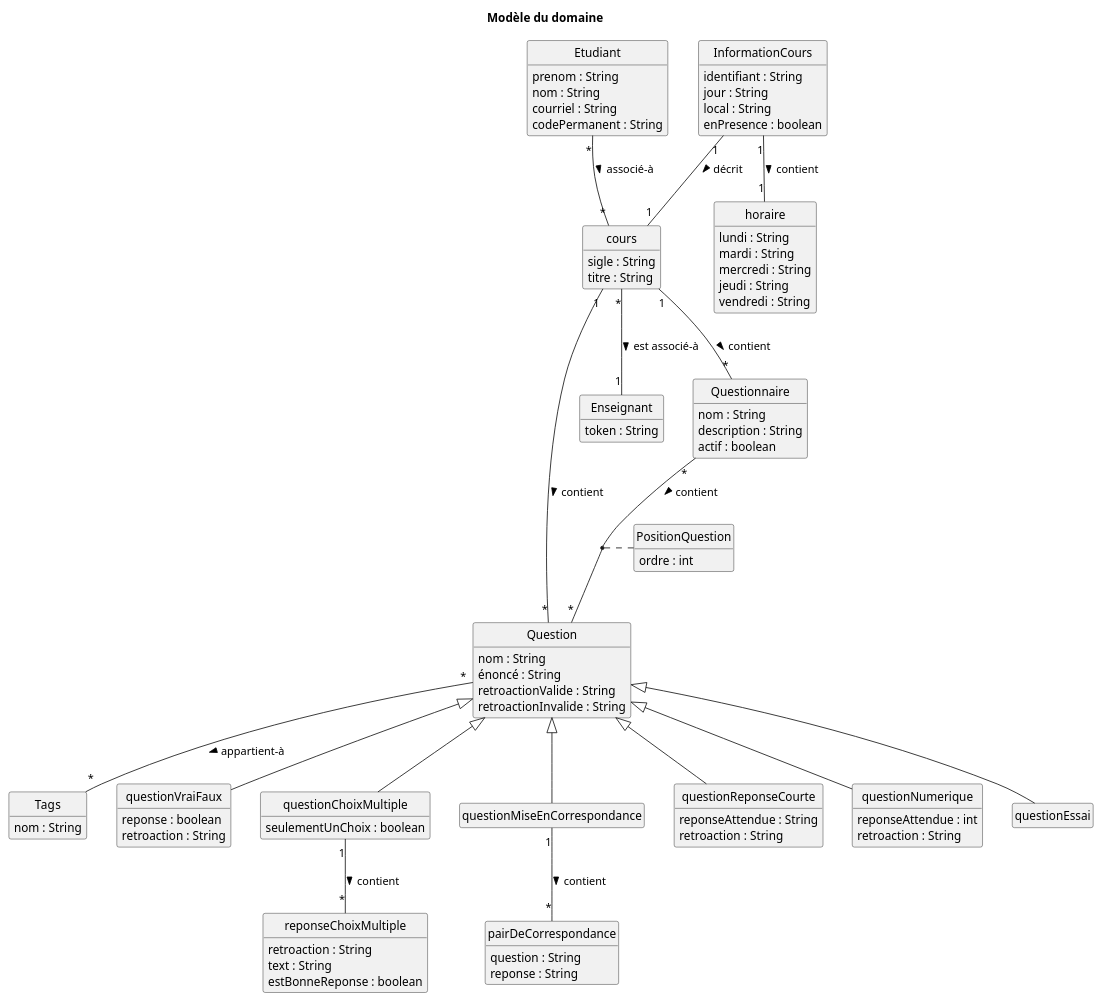
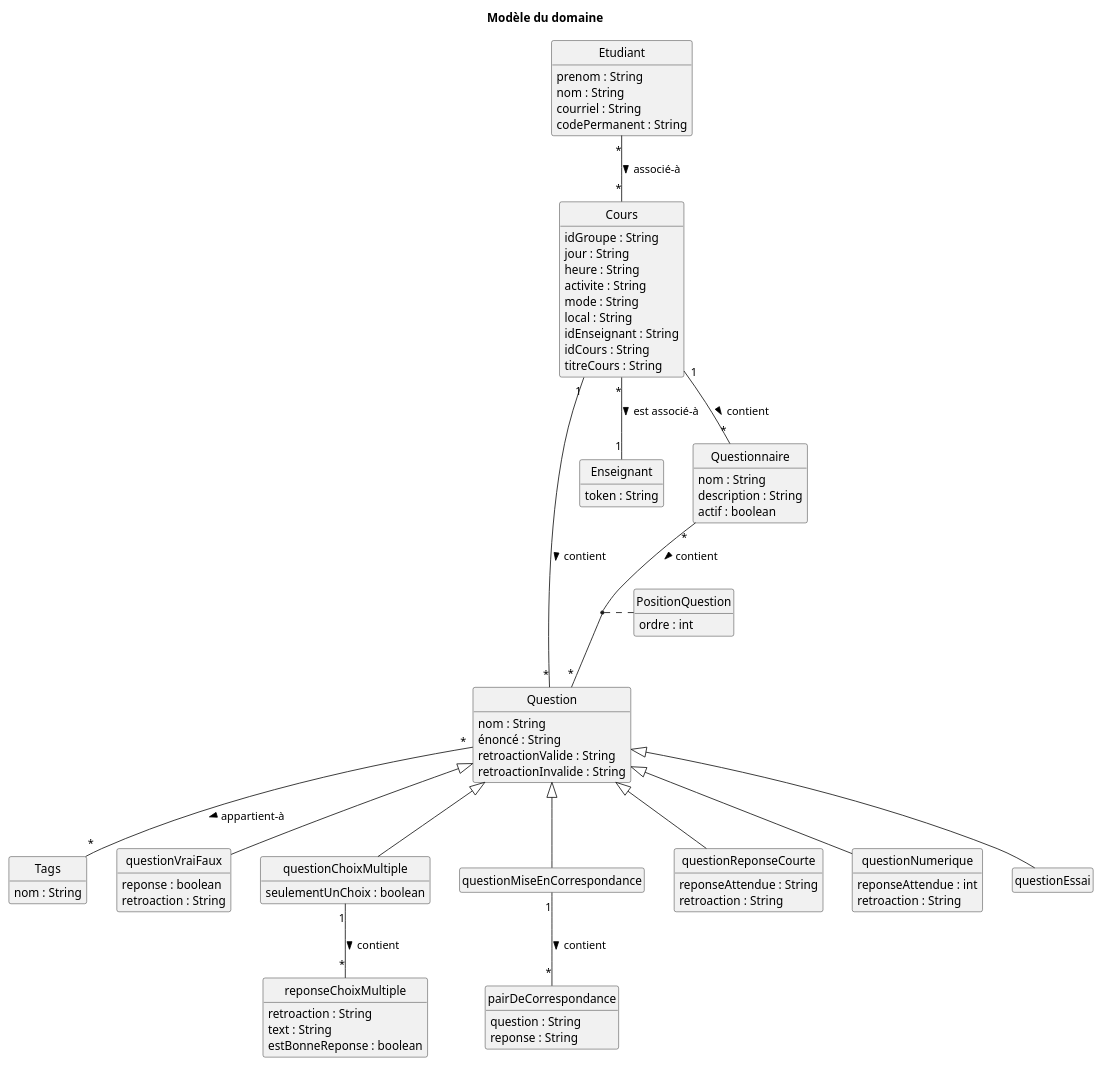
Before and after one commit to xMrYahya/moodle-clone: the diagram in docs/modeles/mdd.puml, drawn with PlantUML. The commit also changed 1 other file, not shown here.

Commit message:
update mdd pour match la class cours au type cours du code.
plus de classe horaire
plus de classe informationsCours

enlever iteration1.zip

```diff
--- a/docs/modeles/mdd.puml
+++ b/docs/modeles/mdd.puml
@@ -1,110 +1,102 @@
 @startuml MDD_SGB_SGA
 skinparam style strictuml
 'skinparam backgroundcolor transparent
 hide methods
 hide empty members
 'left to right direction
 title Modèle du domaine
 
 skinparam class {
   BackgroundColor<< SGB >> #ddffdd
 }
 hide stereotype
 
 
   ' Le concept de "Cours" dans SGA n'est pas un groupe-cours
   class "Question" as question {
   nom : String
   énoncé : String
   ' reponse a la question
   retroactionValide : String
   retroactionInvalide : String
   }
   class "Tags" as tags {
     nom : String
   }
   class "questionVraiFaux" as qvf extends question {
     reponse : boolean
     retroaction : String
   }
   class "questionChoixMultiple" as qcm extends question {
     seulementUnChoix : boolean
   }
   class "reponseChoixMultiple" as rcm {
     retroaction : String
     text : String
     estBonneReponse : boolean
   }
   class "questionMiseEnCorrespondance" as qmc extends question {
     
   }
   class "pairDeCorrespondance" as pdc {
     question : String
     reponse : String
   }
   class "questionReponseCourte" as qrc extends question {
     reponseAttendue : String
     retroaction : String
   }
   class "questionNumerique" as qn extends question {
     reponseAttendue : int
     retroaction : String
   }
   class "questionEssai" as qe extends question {
     
   }
   class "Enseignant" as ens {
     token : String
   }
-  class "cours" as cours {
-    sigle : String
-    titre : String
+  class "Cours" as cours {
+    idGroupe : String
+    jour : String
+    heure : String
+    activite : String
+    mode : String
+    local : String
+    idEnseignant : String
+    idCours : String
+    titreCours : String
   }
   class "Etudiant" as etudiant {
     prenom : String
     nom : String
     courriel : String
     codePermanent : String
-  }
-  class "InformationCours" as infocours {
-    identifiant : String
-    jour : String
-    local : String
-    enPresence : boolean
-  }
-  class "horaire" as horaire {
-    lundi : String
-    mardi : String
-    mercredi : String
-    jeudi : String
-    vendredi : String
   }
   class "Questionnaire" as questionnaire {
     nom : String
     description : String
     actif : boolean
   }
   class "PositionQuestion" as position {
     ordre : int
   }
 
   etudiant "*" -- "*" cours : associé-à >
-  infocours "1" -- "1" cours : décrit >
-  infocours "1" -- "1" horaire : contient >
   cours "1" -- "*" question :contient >
   cours "*" -- "1" ens : est associé-à >
   question "*" -- "*" tags : appartient-à >
   qcm "1" -- "*" rcm : contient >
   qmc "1" -- "*" pdc : contient >
   cours "1" -- "*" questionnaire : contient >
   questionnaire "*" -- "*" question : contient >
   (questionnaire,question) .. position
 
 
   'Selon le CU08 
   'class "ReponseQuestionnaire" as reponseQuestionnaire {
 
   '}
   'etudiant "*" -- "*" questionnaire : répond-à >
   '(etudiant,questionnaire) .. reponseQuestionnaire
 @enduml
```
